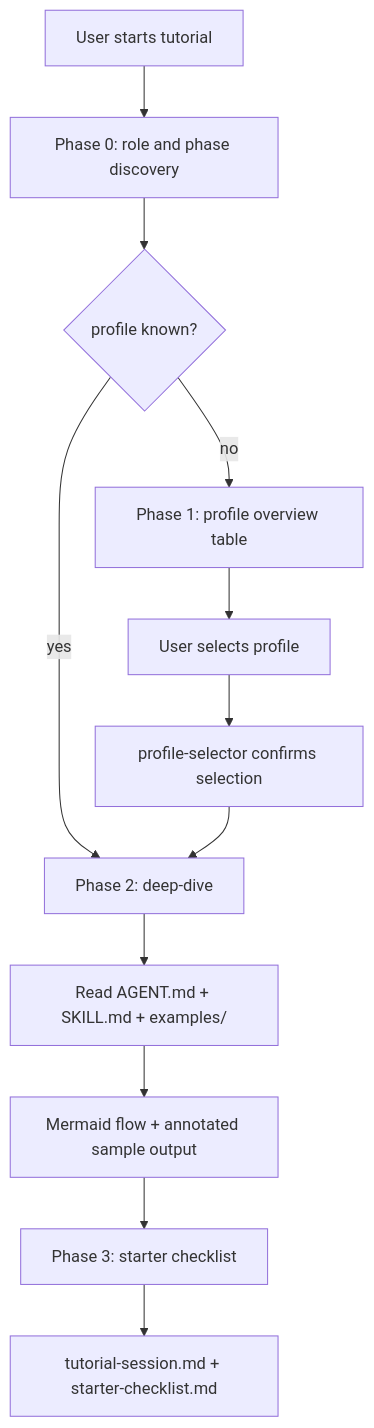
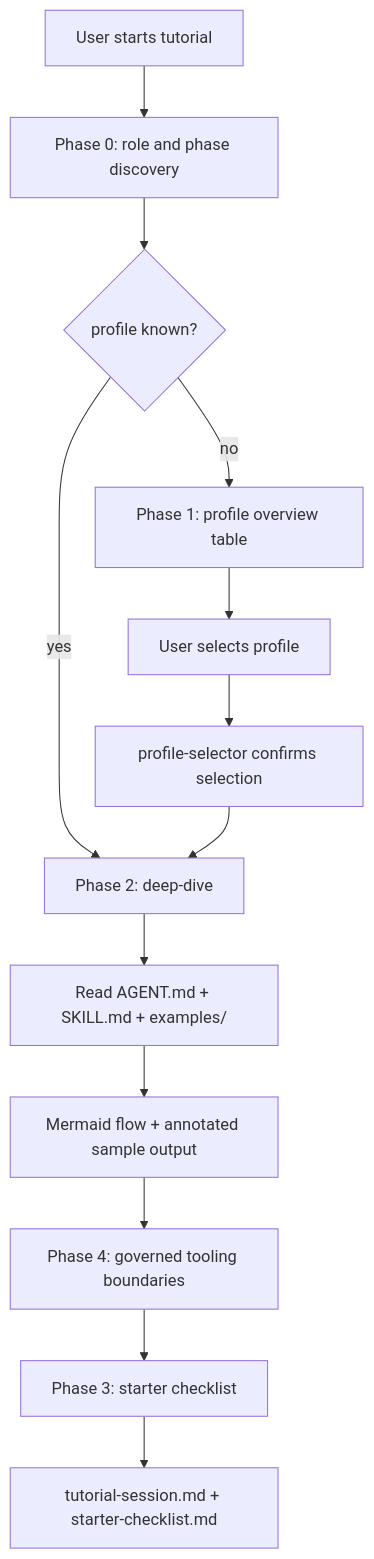
One commit to bruuuuuce/mana changed the diagram in agents/tutorial-agent/AGENT.md. Above: the diagram before and after it, drawn with Mermaid. The commit also changed other lines of this file and 10 other files, not shown here.

````diff
--- a/agents/tutorial-agent/AGENT.md
+++ b/agents/tutorial-agent/AGENT.md
@@ -159,14 +177,15 @@
 ```mermaid
 flowchart TD
     Start[User starts tutorial] --> Disc[Phase 0: role and phase discovery]
     Disc --> Known{profile known?}
     Known -->|yes| Deep[Phase 2: deep-dive]
     Known -->|no| Overview[Phase 1: profile overview table]
     Overview --> Select[User selects profile]
     Select --> Selector[profile-selector confirms selection]
     Selector --> Deep
     Deep --> Read[Read AGENT.md + SKILL.md + examples/]
     Read --> Flow[Mermaid flow + annotated sample output]
-    Flow --> Check[Phase 3: starter checklist]
+    Flow --> Boundary[Phase 4: governed tooling boundaries]
+    Boundary --> Check[Phase 3: starter checklist]
     Check --> Done[tutorial-session.md + starter-checklist.md]
 ```
````
